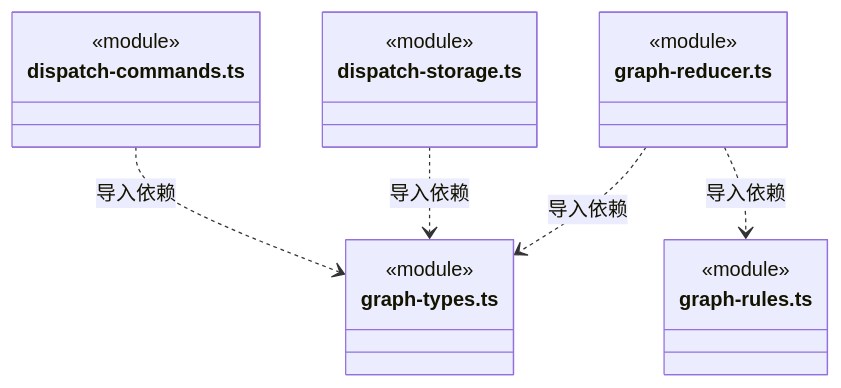
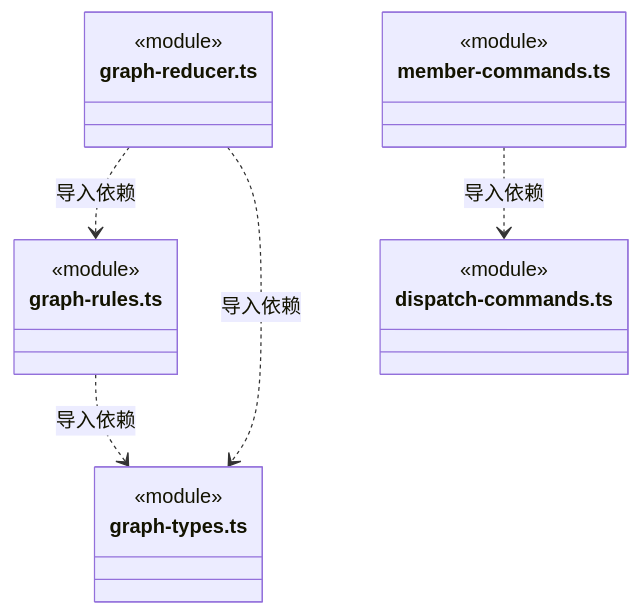
Diagram 30 of 34 in src/backend/core/tasks/ARCHITECTURE.md (nan023062/cbim), drawn with Mermaid before and after one commit. The commit also changed other lines of this file and 240 other files, not shown here.

````diff
--- a/src/backend/core/tasks/ARCHITECTURE.md
+++ b/src/backend/core/tasks/ARCHITECTURE.md
@@ -404,22 +790,22 @@
 ```mermaid
 classDiagram
-class N_src_backend_core_tasks_dispatch_commands_ts["dispatch-commands.ts"] {
-  <<module>>
-}
-class N_src_backend_core_tasks_graph_types_ts["graph-types.ts"] {
-  <<module>>
-}
-class N_src_backend_core_tasks_dispatch_storage_ts["dispatch-storage.ts"] {
-  <<module>>
-}
 class N_src_backend_core_tasks_graph_reducer_ts["graph-reducer.ts"] {
   <<module>>
 }
 class N_src_backend_core_tasks_graph_rules_ts["graph-rules.ts"] {
   <<module>>
 }
-N_src_backend_core_tasks_dispatch_commands_ts ..> N_src_backend_core_tasks_graph_types_ts : 导入依赖
-N_src_backend_core_tasks_dispatch_storage_ts ..> N_src_backend_core_tasks_graph_types_ts : 导入依赖
+class N_src_backend_core_tasks_graph_types_ts["graph-types.ts"] {
+  <<module>>
+}
+class N_src_backend_core_tasks_member_commands_ts["member-commands.ts"] {
+  <<module>>
+}
+class N_src_backend_core_tasks_dispatch_commands_ts["dispatch-commands.ts"] {
+  <<module>>
+}
 N_src_backend_core_tasks_graph_reducer_ts ..> N_src_backend_core_tasks_graph_rules_ts : 导入依赖
 N_src_backend_core_tasks_graph_reducer_ts ..> N_src_backend_core_tasks_graph_types_ts : 导入依赖
+N_src_backend_core_tasks_graph_rules_ts ..> N_src_backend_core_tasks_graph_types_ts : 导入依赖
+N_src_backend_core_tasks_member_commands_ts ..> N_src_backend_core_tasks_dispatch_commands_ts : 导入依赖
 ```
````
